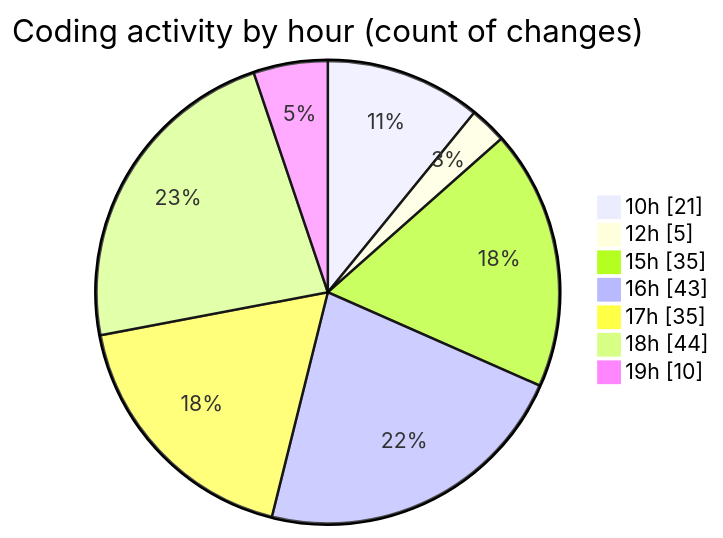
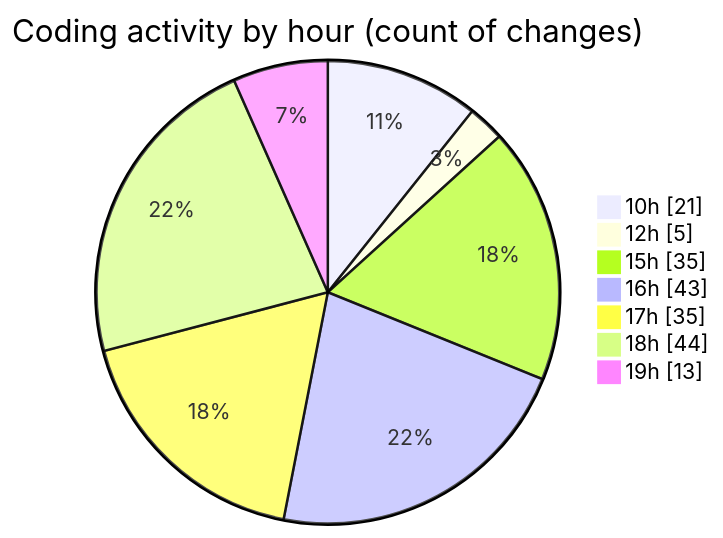
The second of 2 diagrams in 2025-08-27/cda/README.md (momahboobian/code-tracking), drawn with Mermaid before and after one commit. The commit also changed other lines of this file and 1 other file, not shown here.

````diff
--- a/2025-08-27/cda/README.md
+++ b/2025-08-27/cda/README.md
@@ -49,11 +49,11 @@
 ```mermaid
 pie showData
 title Coding activity by hour (count of changes)
 "10h" : 21
 "12h" : 5
 "15h" : 35
 "16h" : 43
 "17h" : 35
 "18h" : 44
-"19h" : 10
+"19h" : 13
 ```
````
